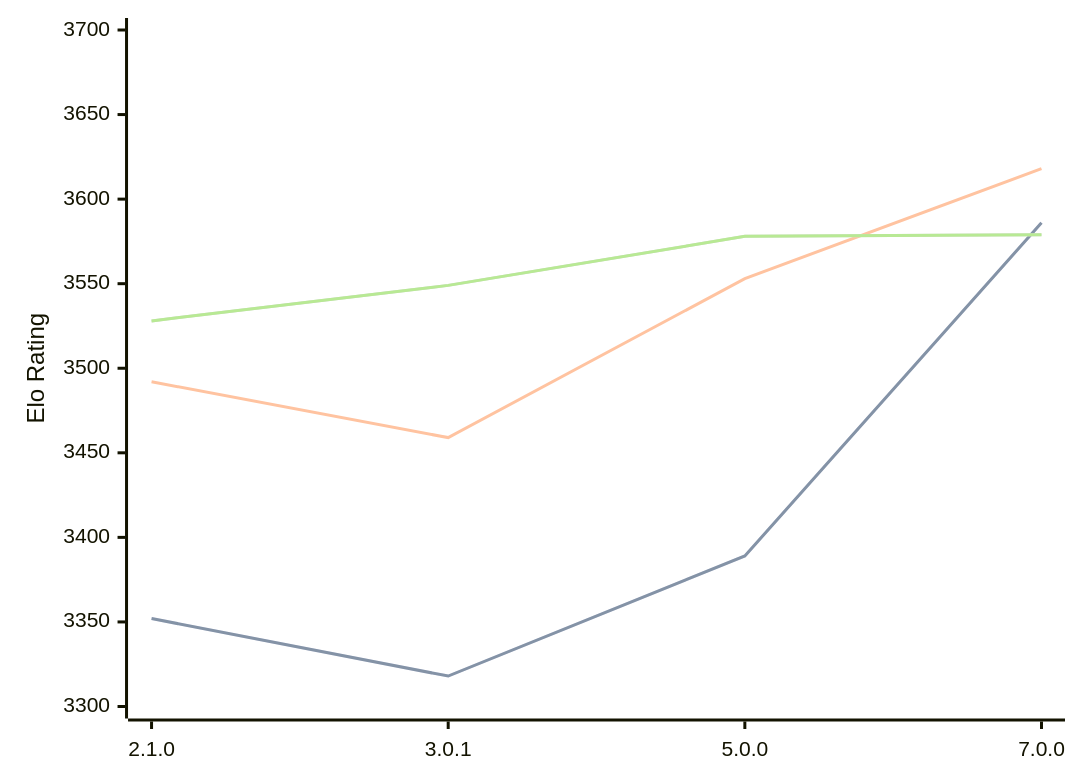
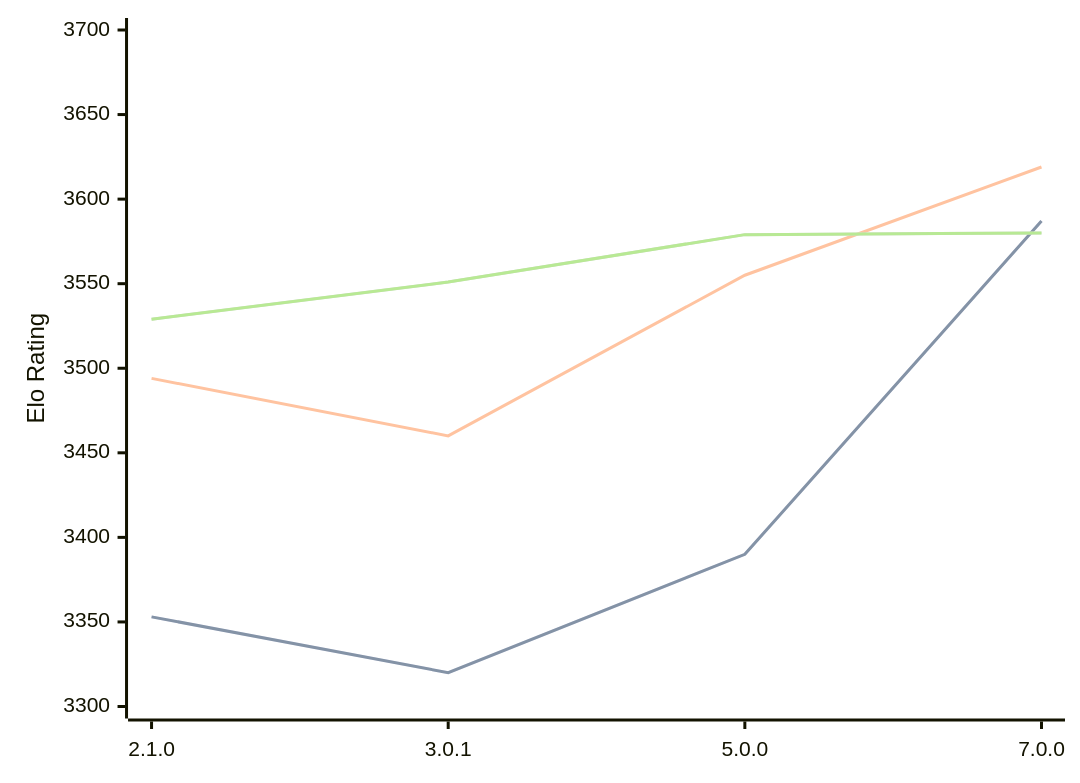
Before and after one commit to computer-chess-index/cci: the diagram in engines/PlentyChess.md, drawn with Mermaid. The commit also changed other lines of this file, not shown here.

Commit message:
Update CCI Ratings (ELO VLTC) - 2026-03-29

````diff
--- a/engines/PlentyChess.md
+++ b/engines/PlentyChess.md
@@ -45,11 +45,11 @@
 ```mermaid
 %%{init: {"theme":"base","themeVariables":{"seriesColors:['#a3a3a3','#222221','#faa371']}}}%%
 xychart-beta
   x-axis ["2.1.0", "3.0.1", "5.0.0", "7.0.0"]
   y-axis "Elo Rating" 3300 --> 3700
-  line "STC (8.0+0.08s)" [3352, 3318, 3389, 3586]
-  line "STC (8.0+0.08s)" [3352, 3318, 3389, 3586]
-  line "LTC (60.0+0.60s)" [3492, 3459, 3553, 3618]
-  line "VLTC (2m24s+1.12s)" [3528, 3549, 3578, 3579]
-  line "VLTC (2m24s+1.12s)" [3528, 3549, 3578, 3579]
+  line "STC (8.0+0.08s)" [3353, 3320, 3390, 3587]
+  line "STC (8.0+0.08s)" [3353, 3320, 3390, 3587]
+  line "LTC (60.0+0.60s)" [3494, 3460, 3555, 3619]
+  line "VLTC (2m24s+1.12s)" [3529, 3551, 3579, 3580]
+  line "VLTC (2m24s+1.12s)" [3529, 3551, 3579, 3580]
 ```
````
